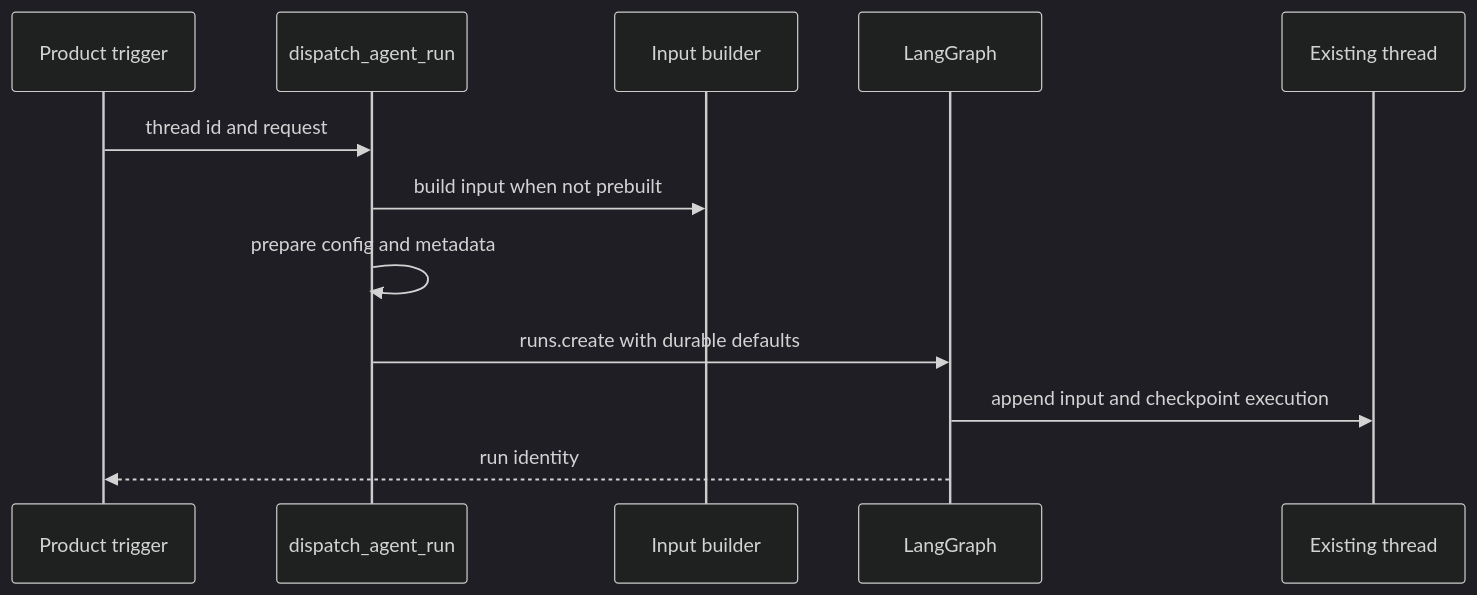
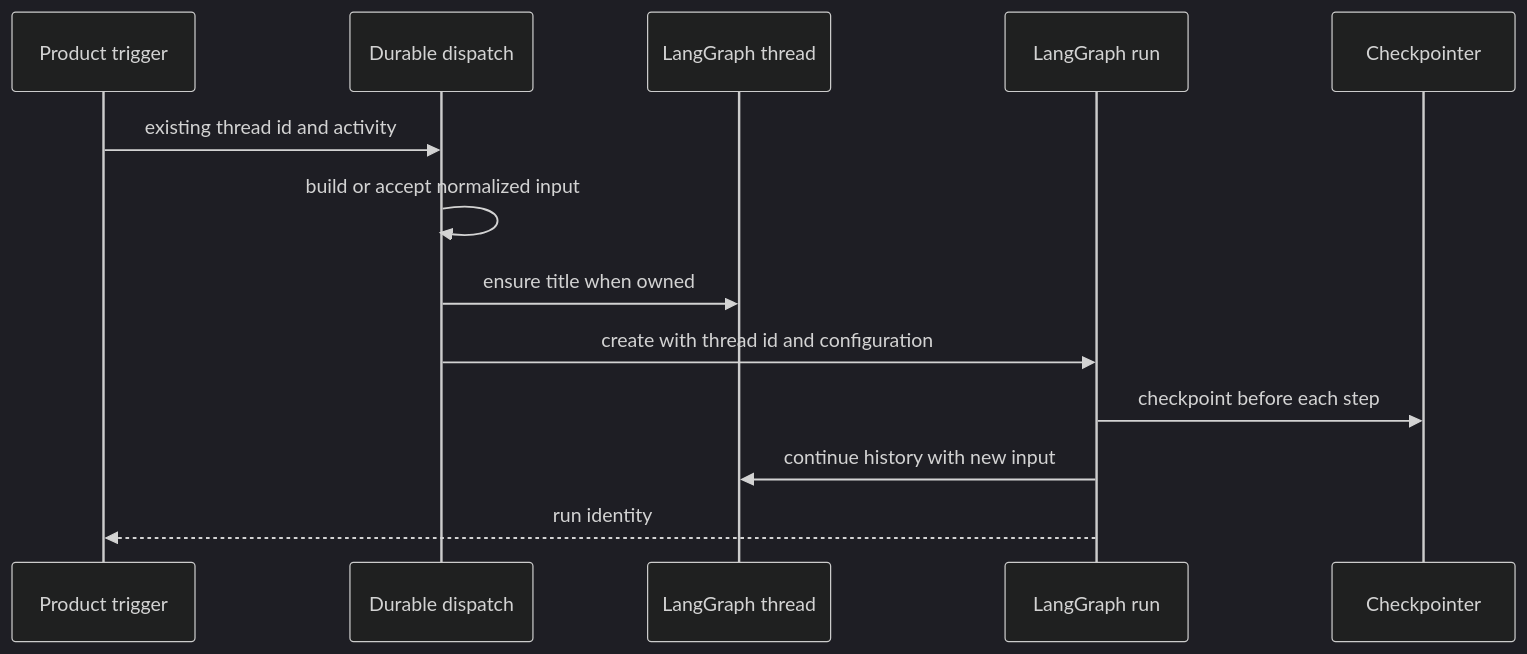
Before and after one commit to langchain-ai/open-swe: the diagram in openwiki/concepts/threads-and-state.md, drawn with Mermaid (dark theme). The commit also changed other lines of this file and 51 other files, not shown here.

````diff
--- a/openwiki/concepts/threads-and-state.md
+++ b/openwiki/concepts/threads-and-state.md
@@ -121,15 +100,16 @@
 ```mermaid
 sequenceDiagram
   participant Trigger as Product trigger
-  participant Dispatch as dispatch_agent_run
-  participant Input as Input builder
-  participant LG as LangGraph
-  participant Thread as Existing thread
+  participant Dispatch as Durable dispatch
+  participant Thread as LangGraph thread
+  participant Run as LangGraph run
+  participant Checkpoint as Checkpointer
 
-  Trigger->>Dispatch: thread id and request
-  Dispatch->>Input: build input when not prebuilt
-  Dispatch->>Dispatch: prepare config and metadata
-  Dispatch->>LG: runs.create with durable defaults
-  LG->>Thread: append input and checkpoint execution
-  LG-->>Trigger: run identity
+  Trigger->>Dispatch: existing thread id and activity
+  Dispatch->>Dispatch: build or accept normalized input
+  Dispatch->>Thread: ensure title when owned
+  Dispatch->>Run: create with thread id and configuration
+  Run->>Checkpoint: checkpoint before each step
+  Run->>Thread: continue history with new input
+  Run-->>Trigger: run identity
 ```
````
